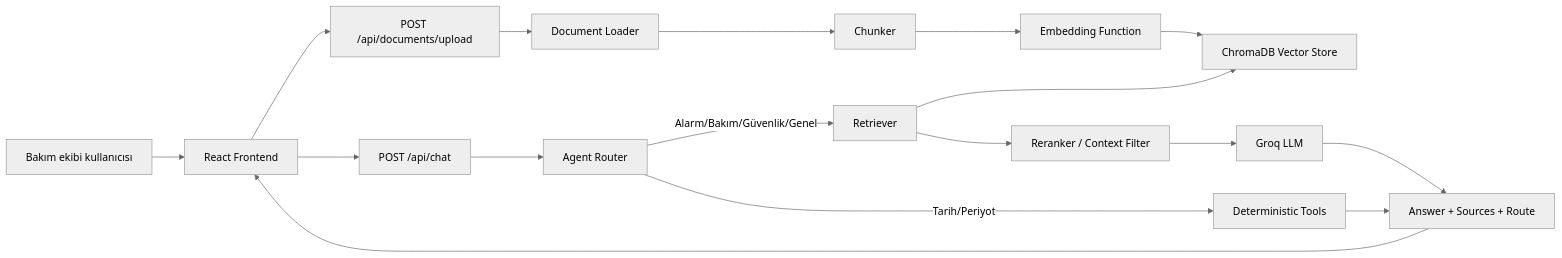
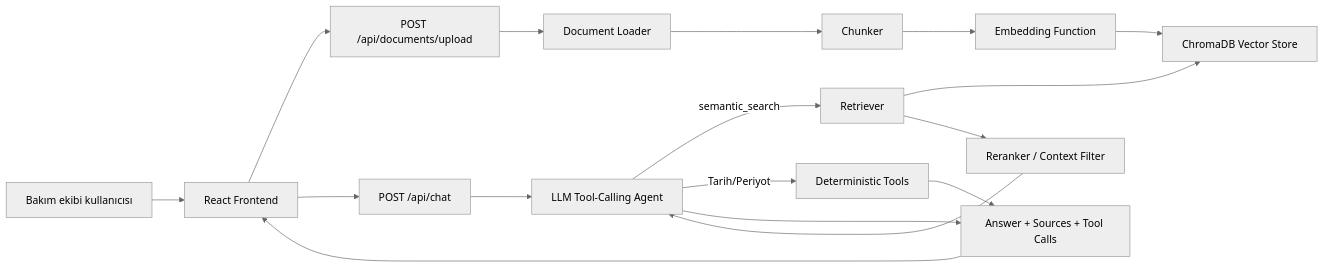
The first of 2 diagrams in docs/architecture.md (mervenurdurmus/Maintenance-Agent), drawn with Mermaid (neutral theme) before and after one commit. The commit also changed other lines of this file and 48 other files, not shown here.

````diff
--- a/docs/architecture.md
+++ b/docs/architecture.md
@@ -25,22 +24,22 @@
 ```mermaid
 flowchart LR
     User["Bakım ekibi kullanıcısı"] --> Frontend["React Frontend"]
     Frontend --> UploadAPI["POST /api/documents/upload"]
     Frontend --> ChatAPI["POST /api/chat"]
 
     UploadAPI --> Loader["Document Loader"]
     Loader --> Chunker["Chunker"]
     Chunker --> Embedder["Embedding Function"]
     Embedder --> VectorDB["ChromaDB Vector Store"]
 
-    ChatAPI --> Router["Agent Router"]
-    Router -->|Alarm/Bakım/Güvenlik/Genel| Retriever["Retriever"]
+    ChatAPI --> Agent["LLM Tool-Calling Agent"]
+    Agent -->|semantic_search| Retriever["Retriever"]
     Retriever --> VectorDB
     Retriever --> Reranker["Reranker / Context Filter"]
-    Reranker --> Groq["Groq LLM"]
+    Reranker --> Agent
 
-    Router -->|Tarih/Periyot| Tools["Deterministic Tools"]
-    Groq --> Response["Answer + Sources + Route"]
+    Agent -->|Tarih/Periyot| Tools["Deterministic Tools"]
+    Agent --> Response["Answer + Sources + Tool Calls"]
     Tools --> Response
     Response --> Frontend
 ```
````
